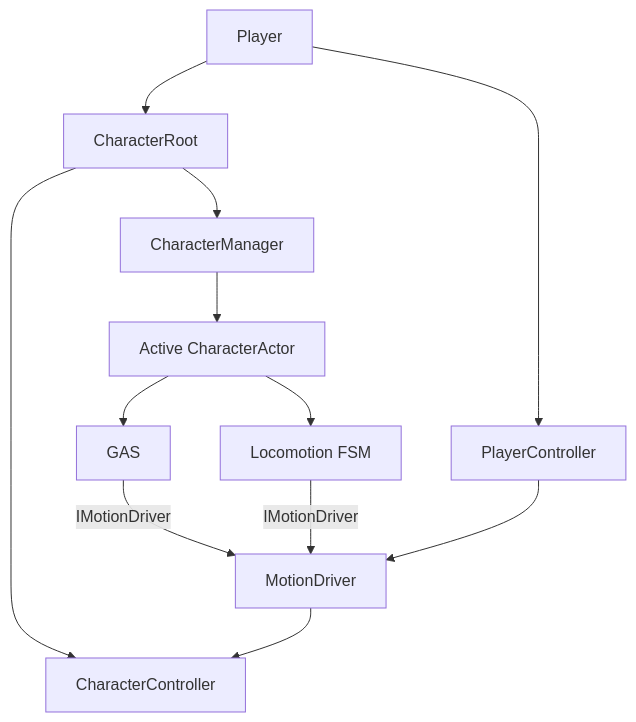
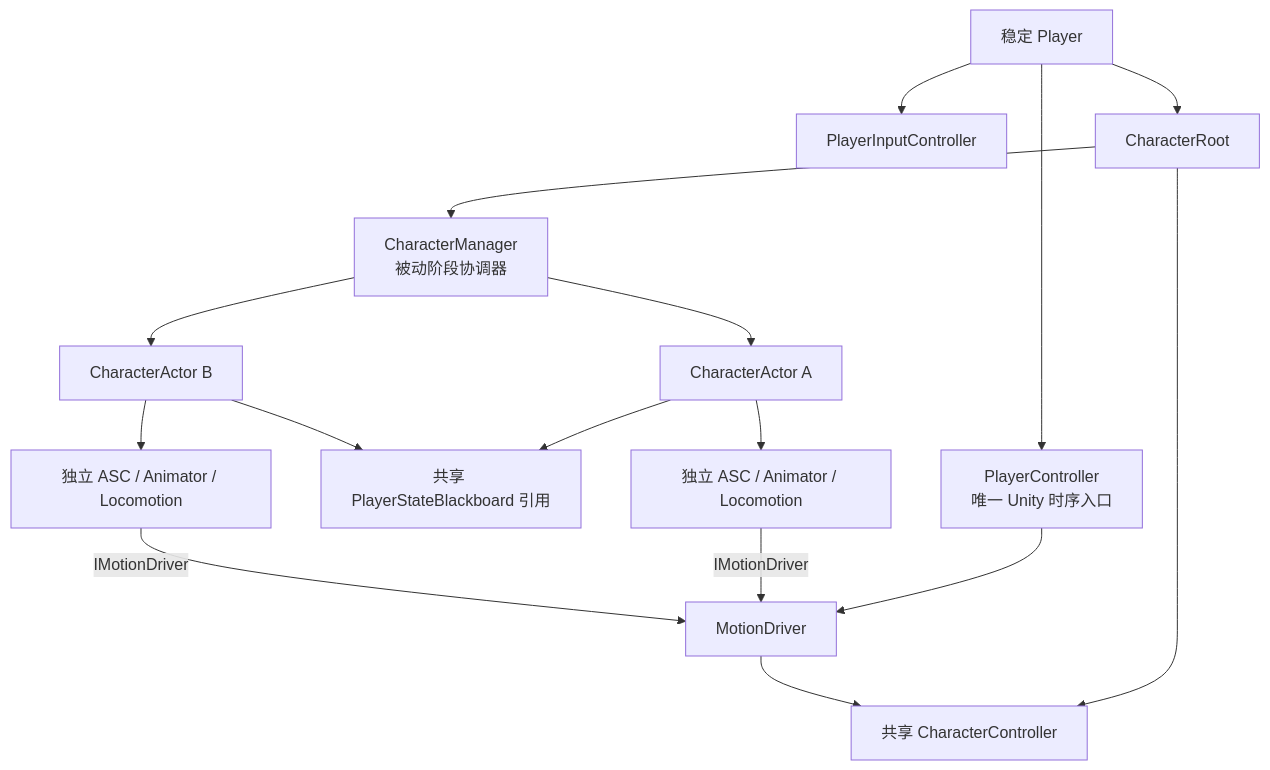
Before and after one commit to Whitesheeeep/3DRPG: the first of 7 diagrams in Assets/Scripts/Character/CharacterControlAndMotionArchitecture.md, drawn with Mermaid. The commit also changed other lines of this file and 56 other files, not shown here.

Commit message:
1. MotionDriver SKillConfig Task 中获取对应的移动控制。 2. AnimationMove 运动和 Fixed 一致，通过传递数据进行，而不是交给 MotionDriver 自己获取。 3.

````diff
--- a/Assets/Scripts/Character/CharacterControlAndMotionArchitecture.md
+++ b/Assets/Scripts/Character/CharacterControlAndMotionArchitecture.md
@@ -7,14 +7,18 @@
 ```mermaid
 flowchart TD
-    Player[Player] --> PC[PlayerController]
-    Player --> CR[CharacterRoot]
-    CR --> CC[CharacterController]
-    CR --> CM[CharacterManager]
-    CM --> CA[Active CharacterActor]
-    CA --> GAS[GAS]
-    CA --> FSM[Locomotion FSM]
-    GAS -->|IMotionDriver| MD[MotionDriver]
-    FSM -->|IMotionDriver| MD
-    PC --> MD
+    Player[稳定 Player] --> PC[PlayerController<br/>唯一 Unity 时序入口]
+    Player --> Input[PlayerInputController]
+    Player --> Root[CharacterRoot]
+    Root --> CC[共享 CharacterController]
+    Root --> CM[CharacterManager<br/>被动阶段协调器]
+    CM --> A[CharacterActor A]
+    CM --> B[CharacterActor B]
+    A --> BB[共享 PlayerStateBlackboard 引用]
+    B --> BB
+    A --> ASC_A[独立 ASC / Animator / Locomotion]
+    B --> ASC_B[独立 ASC / Animator / Locomotion]
+    PC --> MD[MotionDriver]
+    ASC_A -->|IMotionDriver| MD
+    ASC_B -->|IMotionDriver| MD
     MD --> CC
 ```
````
